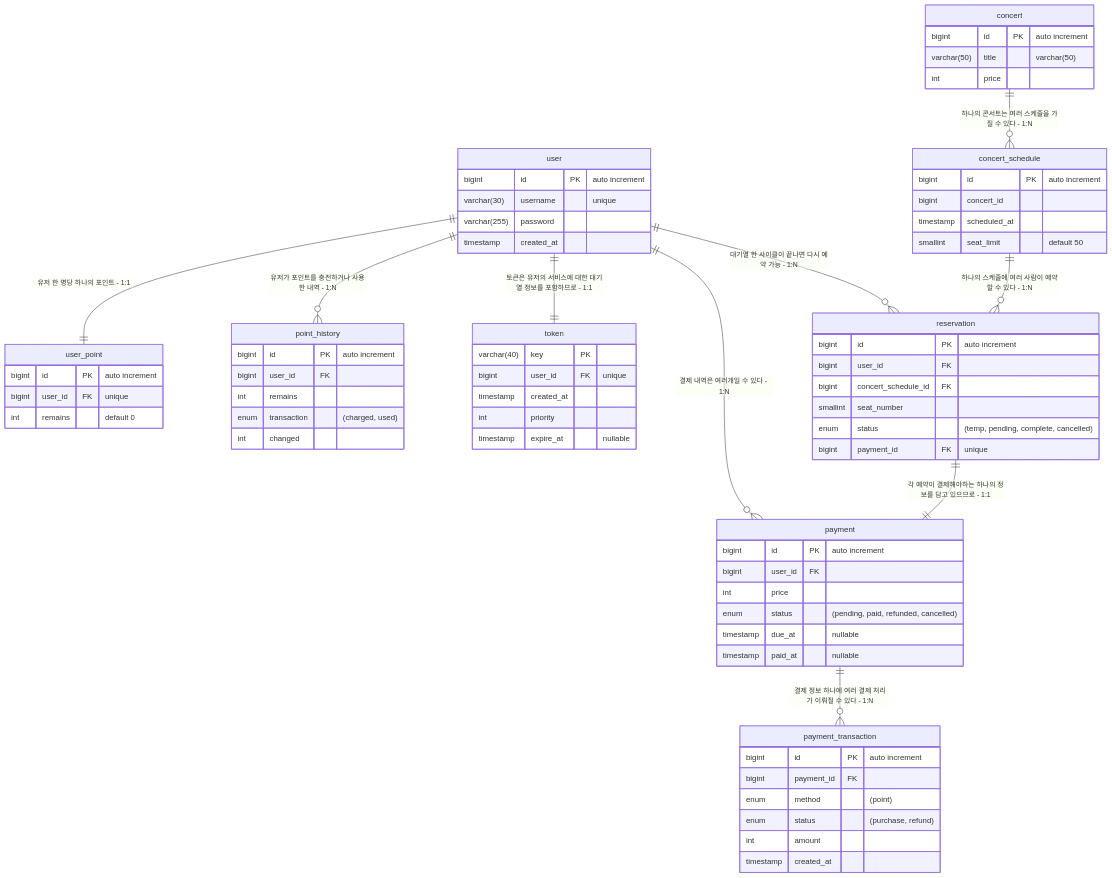
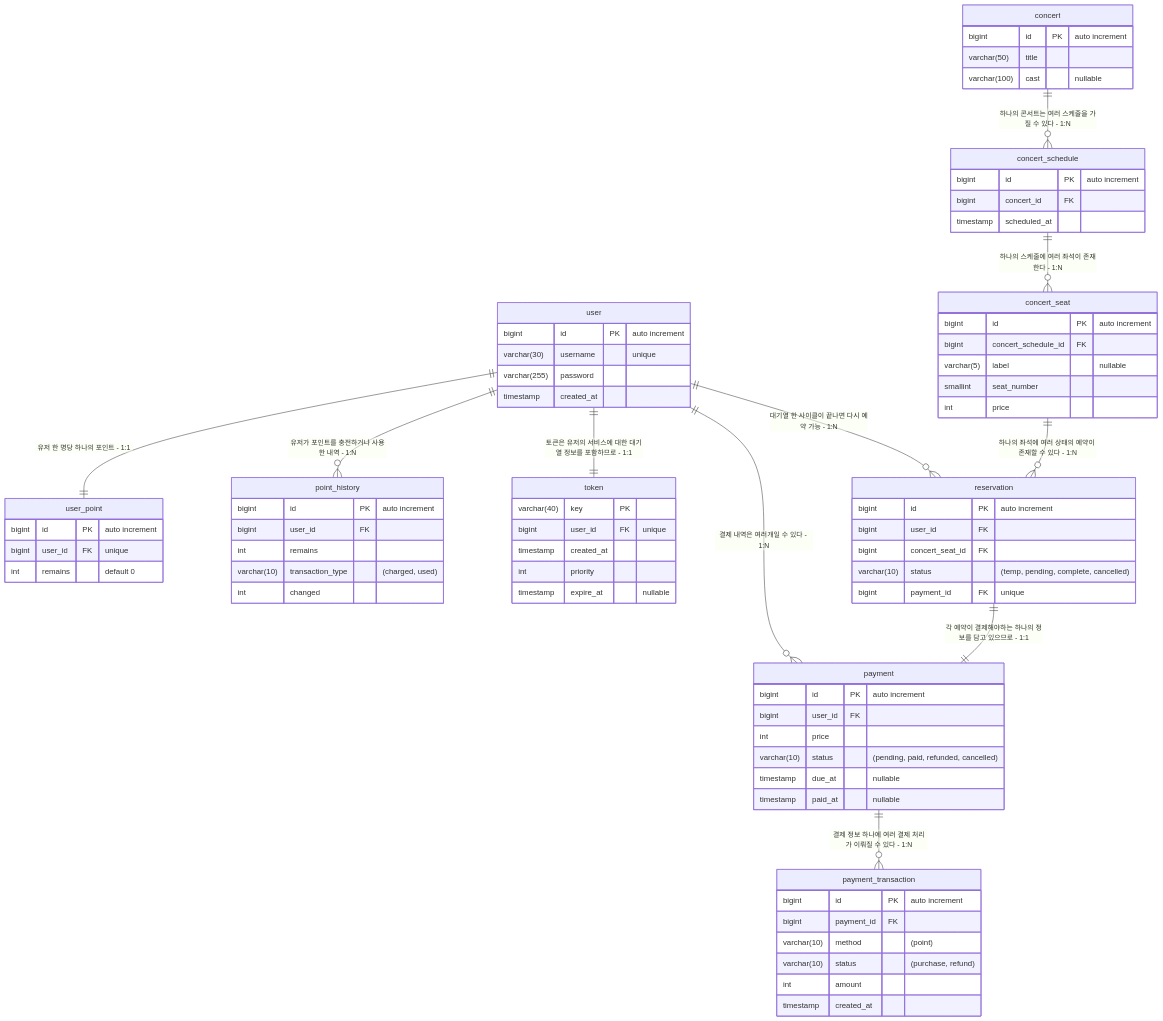
Before and after one commit to hyeondong-hong/hhplus-cocert-jvm: the diagram in docs/erd.md, drawn with Mermaid. The commit also changed 12 other files, not shown here.

```diff
--- a/docs/erd.md
+++ b/docs/erd.md
@@ -29,7 +29,7 @@
         bigint id PK "auto increment"
         bigint user_id FK
         int remains
-        enum transaction "(charged, used)"
+        varchar(10) transaction_type "(charged, used)"
         int changed
     }
 
@@ -43,23 +43,29 @@
 
     concert {
         bigint id PK "auto increment"
-        varchar(50) title "varchar(50)"
-        int price
+        varchar(50) title
+        varchar(100) cast "nullable"
     }
 
     concert_schedule {
         bigint id PK "auto increment"
-        bigint concert_id
+        bigint concert_id FK
         timestamp scheduled_at
-        smallint seat_limit "default 50"
+    }
+
+    concert_seat {
+        bigint id PK "auto increment"
+        bigint concert_schedule_id FK
+        varchar(5) label "nullable"
+        smallint seat_number
+        int price
     }
 
     reservation {
         bigint id PK "auto increment"
         bigint user_id FK
-        bigint concert_schedule_id FK
-        smallint seat_number
-        enum status "(temp, pending, complete, cancelled)"
+        bigint concert_seat_id FK
+        varchar(10) status "(temp, pending, complete, cancelled)"
         bigint payment_id FK "unique"
     }
 
@@ -67,7 +73,7 @@
         bigint id PK "auto increment"
         bigint user_id FK
         int price
-        enum status "(pending, paid, refunded, cancelled)"
+        varchar(10) status "(pending, paid, refunded, cancelled)"
         timestamp due_at "nullable"
         timestamp paid_at "nullable"
     }
@@ -75,8 +81,8 @@
     payment_transaction {
         bigint id PK "auto increment"
         bigint payment_id FK
-        enum method "(point)"
-        enum status "(purchase, refund)"
+        varchar(10) method "(point)"
+        varchar(10) status "(purchase, refund)"
         int amount
         timestamp created_at
     }
@@ -89,7 +95,9 @@
 
     concert ||--o{ concert_schedule : "하나의 콘서트는 여러 스케줄을 가질 수 있다 - 1:N"
 
-    concert_schedule ||--o{ reservation : "하나의 스케줄에 여러 사람이 예약할 수 있다 - 1:N"
+    concert_schedule ||--o{ concert_seat : "하나의 스케줄에 여러 좌석이 존재한다 - 1:N"
+    
+    concert_seat ||--o{ reservation : "하나의 좌석에 여러 상태의 예약이 존재할 수 있다 - 1:N"
     
     reservation ||--|| payment : "각 예약이 결제해야하는 하나의 정보를 담고 있으므로 - 1:1"
 
```
